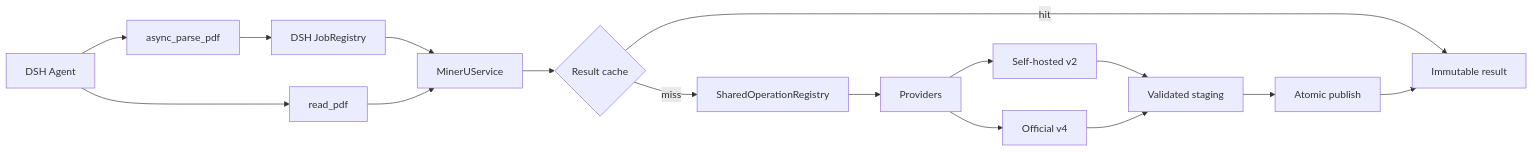
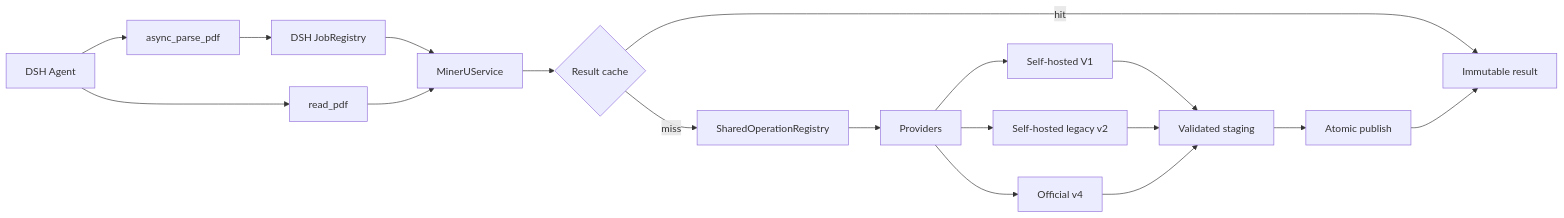
One commit to Yurzi/dsh-pdf-mineru changed the diagram in README.md. Above: the diagram before and after it, drawn with Mermaid. The commit also changed other lines of this file and 56 other files, not shown here.

First line of the commit message:
feat(self-hosted)!: separate V1 and legacy v2 configuration

````diff
--- a/README.md
+++ b/README.md
@@ -171,20 +172,22 @@
 ```mermaid
 flowchart LR
     Agent[DSH Agent] --> Sync[read_pdf]
     Agent --> Async[async_parse_pdf]
 
     Async --> Jobs[DSH JobRegistry]
     Jobs --> Service[MinerUService]
     Sync --> Service
 
     Service --> Cache{Result cache}
     Cache -->|hit| Result[Immutable result]
     Cache -->|miss| Shared[SharedOperationRegistry]
     Shared --> Providers
-    Providers --> V2[Self-hosted v2]
+    Providers --> V1[Self-hosted V1]
+    Providers --> V2[Self-hosted legacy v2]
+    V1 --> Staging[Validated staging]
     Providers --> V4[Official v4]
-    V2 --> Staging[Validated staging]
+    V2 --> Staging
     V4 --> Staging
     Staging --> Publish[Atomic publish]
     Publish --> Result
 ```
````
